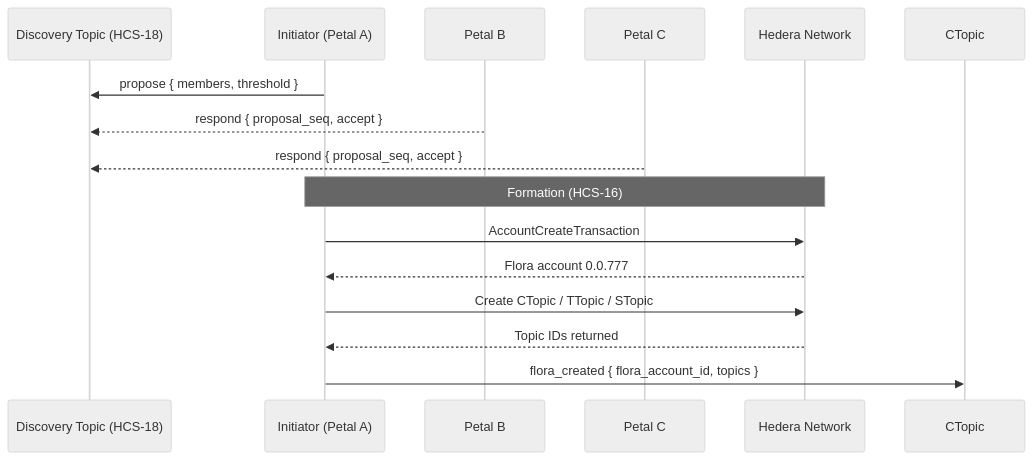
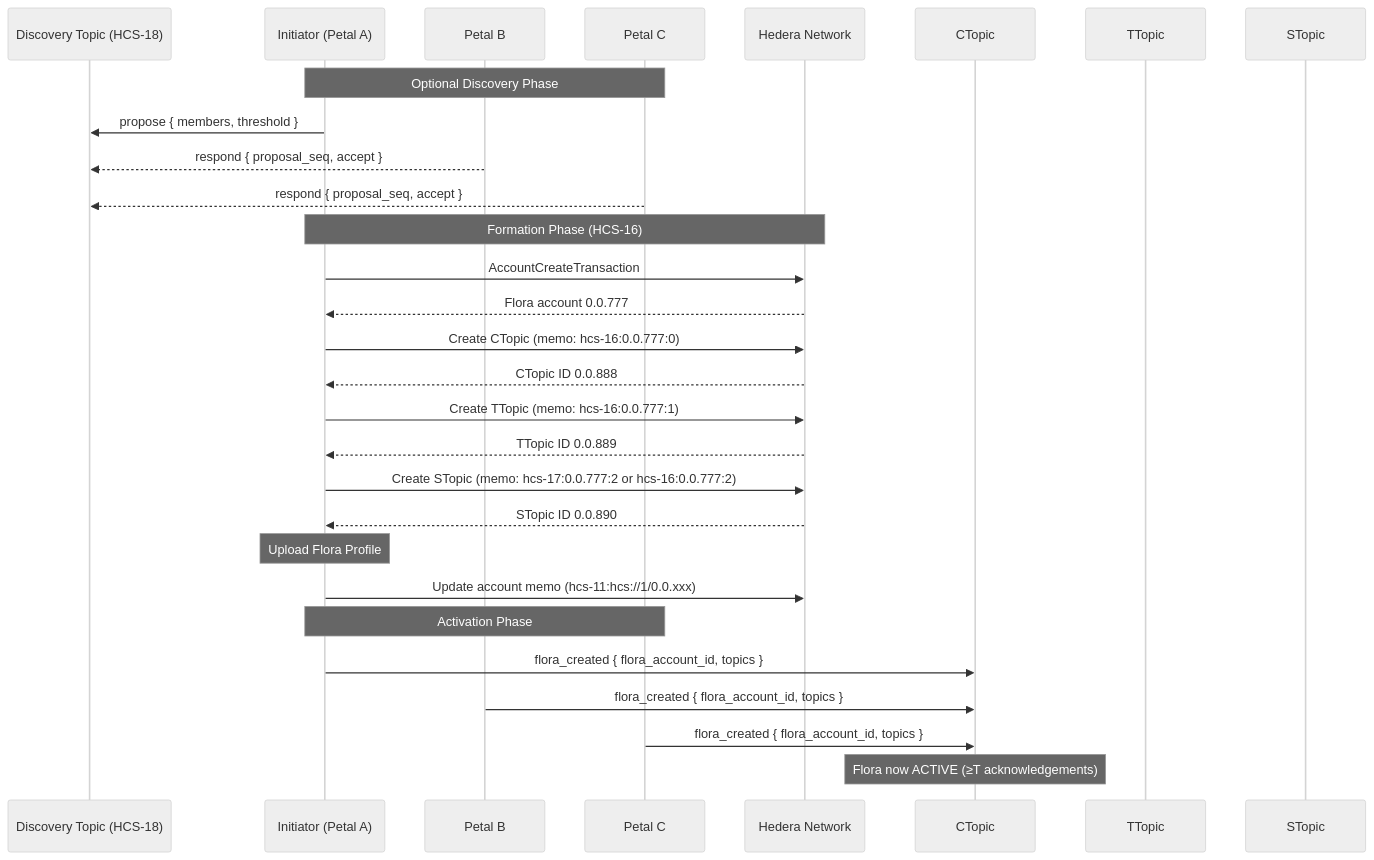
Before and after one commit to hashgraph-online/hcs-improvement-proposals: the diagram in docs/standards/hcs-16.md, drawn with Mermaid (neutral theme). The commit also changed other lines of this file and 2 other files, not shown here.

````diff
--- a/docs/standards/hcs-16.md
+++ b/docs/standards/hcs-16.md
@@ -447,20 +750,40 @@
 ```mermaid
 sequenceDiagram
     participant DT as Discovery Topic (HCS‑18)
     participant I as Initiator (Petal A)
     participant B as Petal B
     participant C as Petal C
     participant Net as Hedera Network
+    participant CT as CTopic
+    participant TT as TTopic
+    participant ST as STopic
 
+    Note over I,C: Optional Discovery Phase
     I->>DT: propose { members, threshold }
     B-->>DT: respond { proposal_seq, accept }
     C-->>DT: respond { proposal_seq, accept }
 
-    Note over I,Net: Formation (HCS‑16)
+    Note over I,Net: Formation Phase (HCS‑16)
     I->>Net: AccountCreateTransaction
     Net-->>I: Flora account 0.0.777
-    I->>Net: Create CTopic / TTopic / STopic
-    Net-->>I: Topic IDs returned
 
-    I->>CTopic: flora_created { flora_account_id, topics }
+    I->>Net: Create CTopic (memo: hcs-16:0.0.777:0)
+    Net-->>I: CTopic ID 0.0.888
+
+    I->>Net: Create TTopic (memo: hcs-16:0.0.777:1)
+    Net-->>I: TTopic ID 0.0.889
+
+    I->>Net: Create STopic (memo: hcs-17:0.0.777:2 or hcs-16:0.0.777:2)
+    Net-->>I: STopic ID 0.0.890
+
+    Note over I: Upload Flora Profile
+
+    I->>Net: Update account memo (hcs-11:hcs://1/0.0.xxx)
+
+    Note over I,C: Activation Phase
+    I->>CT: flora_created { flora_account_id, topics }
+    B->>CT: flora_created { flora_account_id, topics }
+    C->>CT: flora_created { flora_account_id, topics }
+
+    Note over CT: Flora now ACTIVE (≥T acknowledgements)
 ```
````
